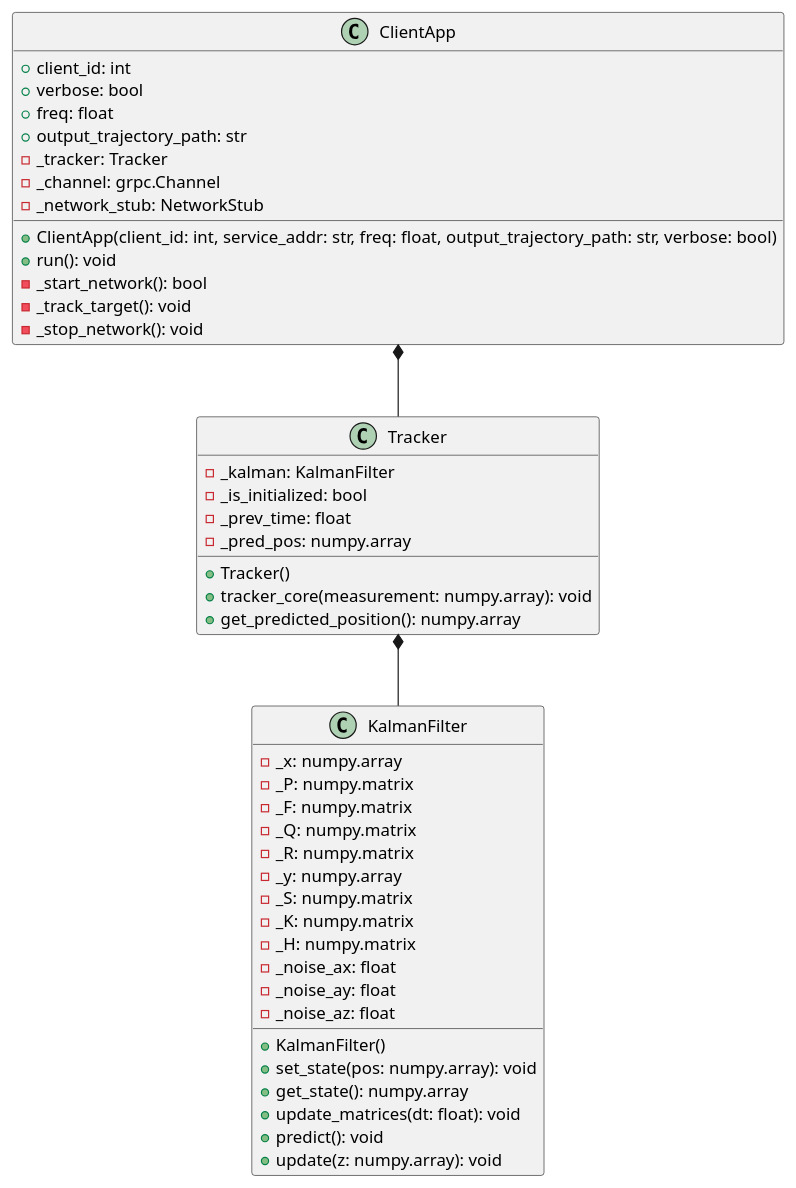
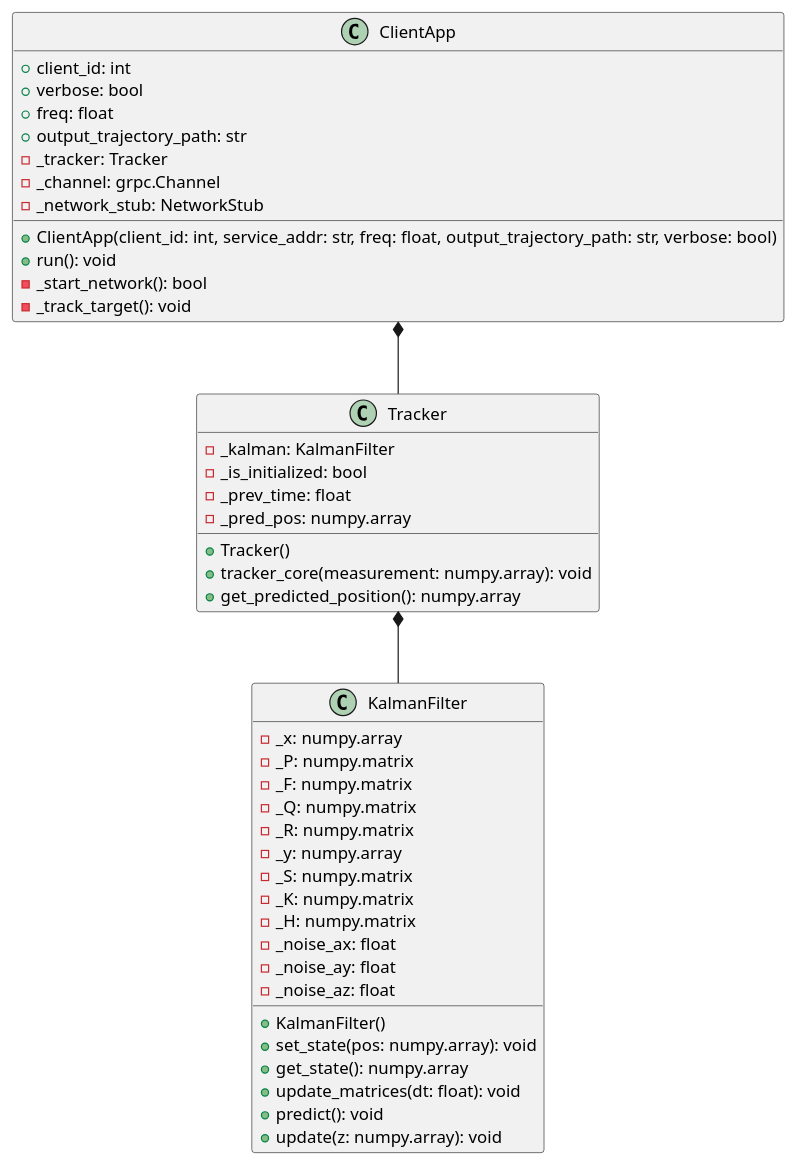
Before and after one commit to matteogianferrari/multilat_sensor_net: the diagram in docs/diagrams/class/client.puml, drawn with PlantUML. The commit also changed 3 other files, not shown here.

Commit message:
Updated UML class diagrams.

```diff
--- a/docs/diagrams/class/client.puml
+++ b/docs/diagrams/class/client.puml
@@ -1,52 +1,51 @@
 @startuml
 
 class ClientApp {
     + client_id: int
     + verbose: bool
     + freq: float
     + output_trajectory_path: str
     - _tracker: Tracker
     - _channel: grpc.Channel
     - _network_stub: NetworkStub
     + ClientApp(client_id: int, service_addr: str, freq: float, output_trajectory_path: str, verbose: bool)
     + run(): void
     - _start_network(): bool
     - _track_target(): void
-    - _stop_network(): void
 }
 
 class Tracker {
     - _kalman: KalmanFilter
     - _is_initialized: bool
     - _prev_time: float
     - _pred_pos: numpy.array
     + Tracker()
     + tracker_core(measurement: numpy.array): void
     + get_predicted_position(): numpy.array
 }
 
 class KalmanFilter {
     - _x: numpy.array
     - _P: numpy.matrix
     - _F: numpy.matrix
     - _Q: numpy.matrix
     - _R: numpy.matrix
     - _y: numpy.array
     - _S: numpy.matrix
     - _K: numpy.matrix
     - _H: numpy.matrix
     - _noise_ax: float
     - _noise_ay: float
     - _noise_az: float
     + KalmanFilter()
     + set_state(pos: numpy.array): void
     + get_state(): numpy.array
     + update_matrices(dt: float): void
     + predict(): void
     + update(z: numpy.array): void
 }
 
 ClientApp *-- Tracker
 Tracker *-- KalmanFilter
 
 @enduml
```
